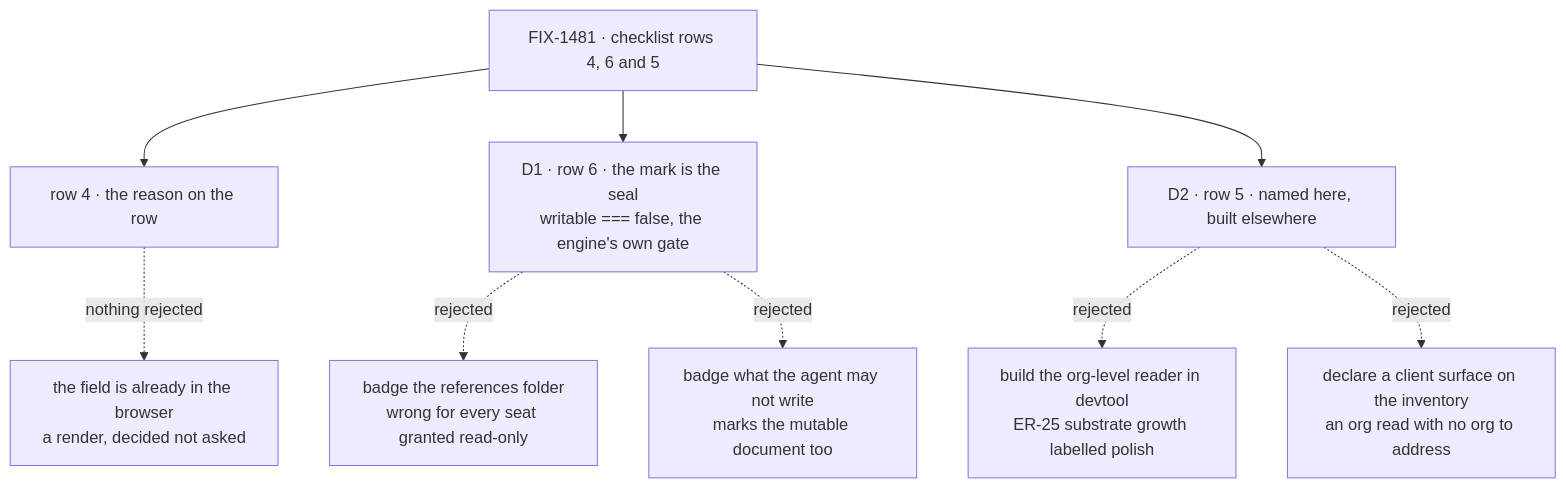
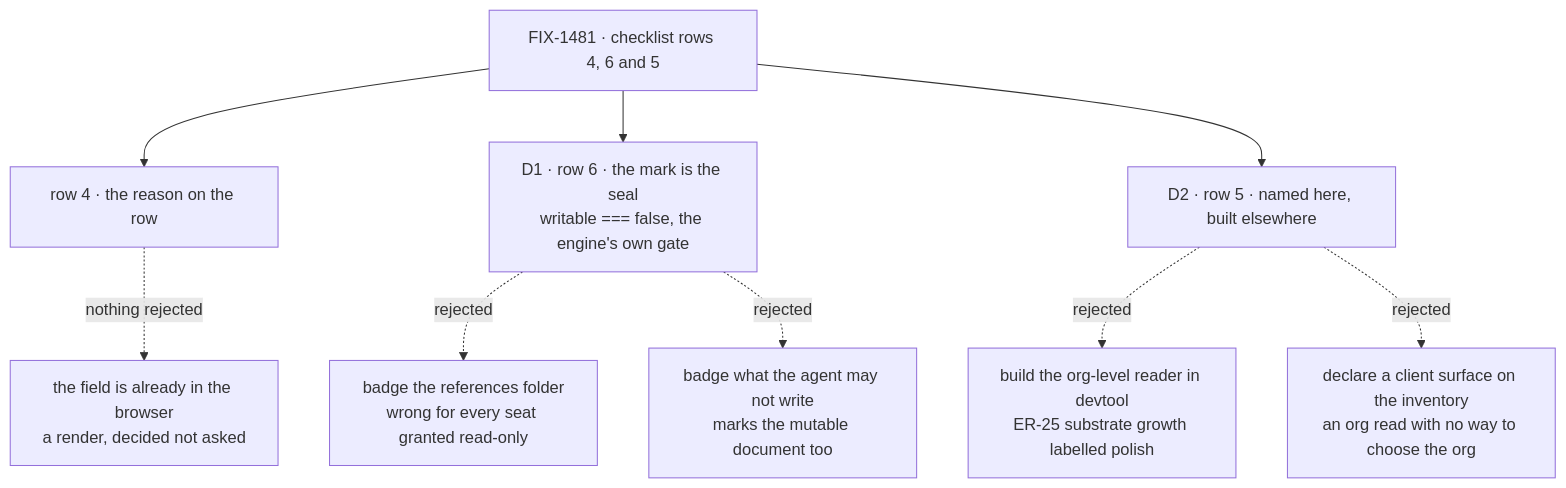
The diagram in specs/issues/FIX-1481/DECISIONS.md (fixpoint-labs/flow-state-dev), drawn with Mermaid before and after one commit. The commit also changed other lines of this file and 1 other file, not shown here.

````diff
--- a/specs/issues/FIX-1481/DECISIONS.md
+++ b/specs/issues/FIX-1481/DECISIONS.md
@@ -13,11 +13,11 @@
 ```mermaid
 flowchart TD
   I["FIX-1481 · checklist rows 4, 6 and 5"] --> R4["row 4 · the reason on the row"]
   R4 -.->|"nothing rejected"| X0["the field is already in the browser<br/>a render, decided not asked"]
   I --> D1["D1 · row 6 · the mark is the seal<br/>writable === false, the engine's own gate"]
   D1 -.->|"rejected"| X1["badge the references folder<br/>wrong for every seat granted read-only"]
   D1 -.->|"rejected"| X2["badge what the agent may not write<br/>marks the mutable document too"]
   I --> D2["D2 · row 5 · named here, built elsewhere"]
   D2 -.->|"rejected"| X3["build the org-level reader in devtool<br/>ER-25 substrate growth labelled polish"]
-  D2 -.->|"rejected"| X4["declare a client surface on the inventory<br/>an org read with no org to address"]
+  D2 -.->|"rejected"| X4["declare a client surface on the inventory<br/>an org read with no way to choose the org"]
 ```
````
